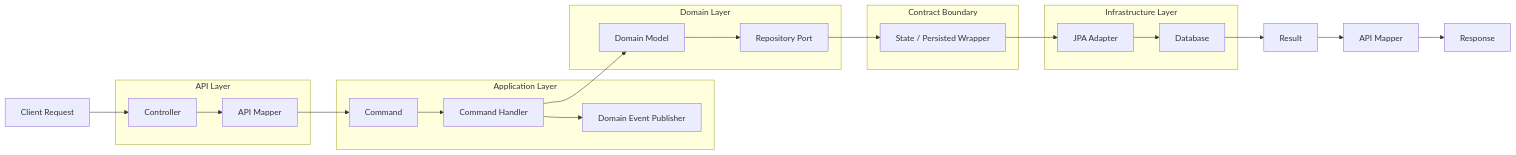
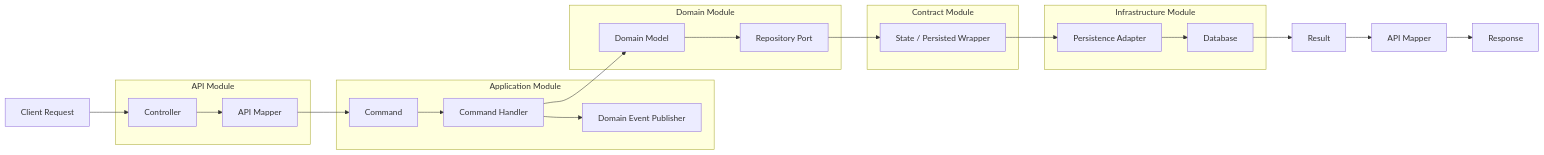
Before and after one commit to woojun-k/pabal: the first of 3 diagrams in README.md, drawn with Mermaid. The commit also changed other lines of this file and 518 other files, not shown here.

````diff
--- a/README.md
+++ b/README.md
@@ -72,32 +137,32 @@
 ```mermaid
 flowchart LR
     A["Client Request"] --> B["Controller"]
 
-    subgraph API["API Layer"]
+    subgraph API["API Module"]
         B --> C["API Mapper"]
     end
 
-    subgraph APP["Application Layer"]
+    subgraph APP["Application Module"]
         C --> D["Command"]
         D --> E["Command Handler"]
         E --> F["Domain Event Publisher"]
     end
 
-    subgraph DOMAIN["Domain Layer"]
+    subgraph DOMAIN["Domain Module"]
         E --> G["Domain Model"]
         G --> H["Repository Port"]
     end
 
-    subgraph CONTRACT["Contract Boundary"]
+    subgraph CONTRACT["Contract Module"]
         H --> I["State / Persisted Wrapper"]
     end
 
-    subgraph INFRA["Infrastructure Layer"]
-        I --> J["JPA Adapter"]
+    subgraph INFRA["Infrastructure Module"]
+        I --> J["Persistence Adapter"]
         J --> K["Database"]
     end
 
     K --> L["Result"]
     L --> M["API Mapper"]
     M --> N["Response"]
 ```
````
